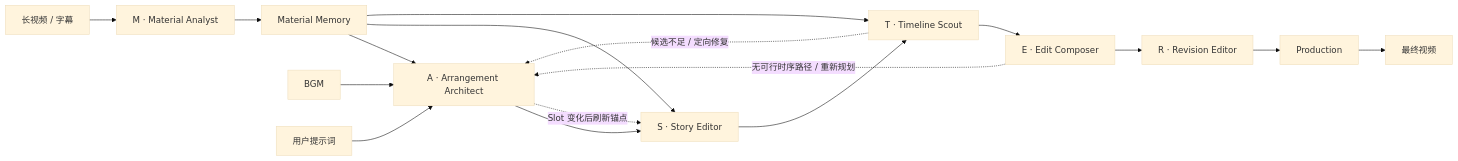
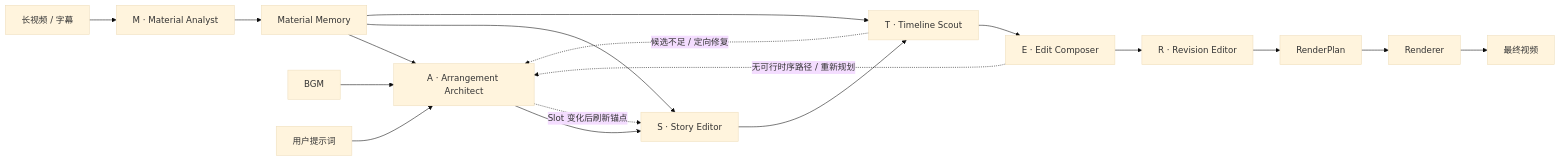
One commit to hit-felix-chen/CutMaster changed the diagram in README.md. Above: the diagram before and after it, drawn with Mermaid (base theme). The commit also changed other lines of this file and 52 other files, not shown here.

````diff
--- a/README.md
+++ b/README.md
@@ -46,21 +46,22 @@
 ```mermaid
 flowchart LR
     V["长视频 / 字幕"] --> M["M · Material Analyst"]
     M --> MM["Material Memory"]
 
     B["BGM"] --> A["A · Arrangement Architect"]
     P["用户提示词"] --> A
     MM --> A
     A --> S["S · Story Editor"]
     MM --> S
     S --> T["T · Timeline Scout"]
     MM --> T
     T --> E["E · Edit Composer"]
     E --> R["R · Revision Editor"]
-    R --> PR["Production"]
-    PR --> O["最终视频"]
+    R --> RP["RenderPlan"]
+    RP --> RD["Renderer"]
+    RD --> O["最终视频"]
 
     T -. "候选不足 / 定向修复" .-> A
     E -. "无可行时序路径 / 重新规划" .-> A
     A -. "Slot 变化后刷新锚点" .-> S
 ```
````
